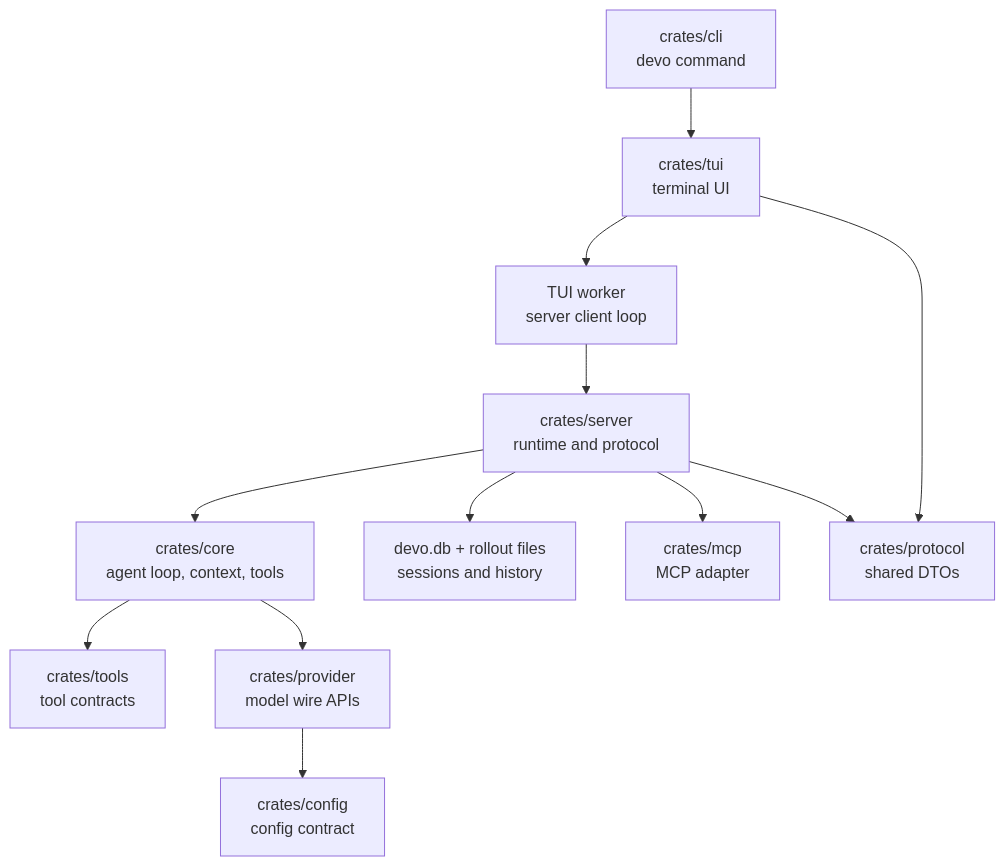
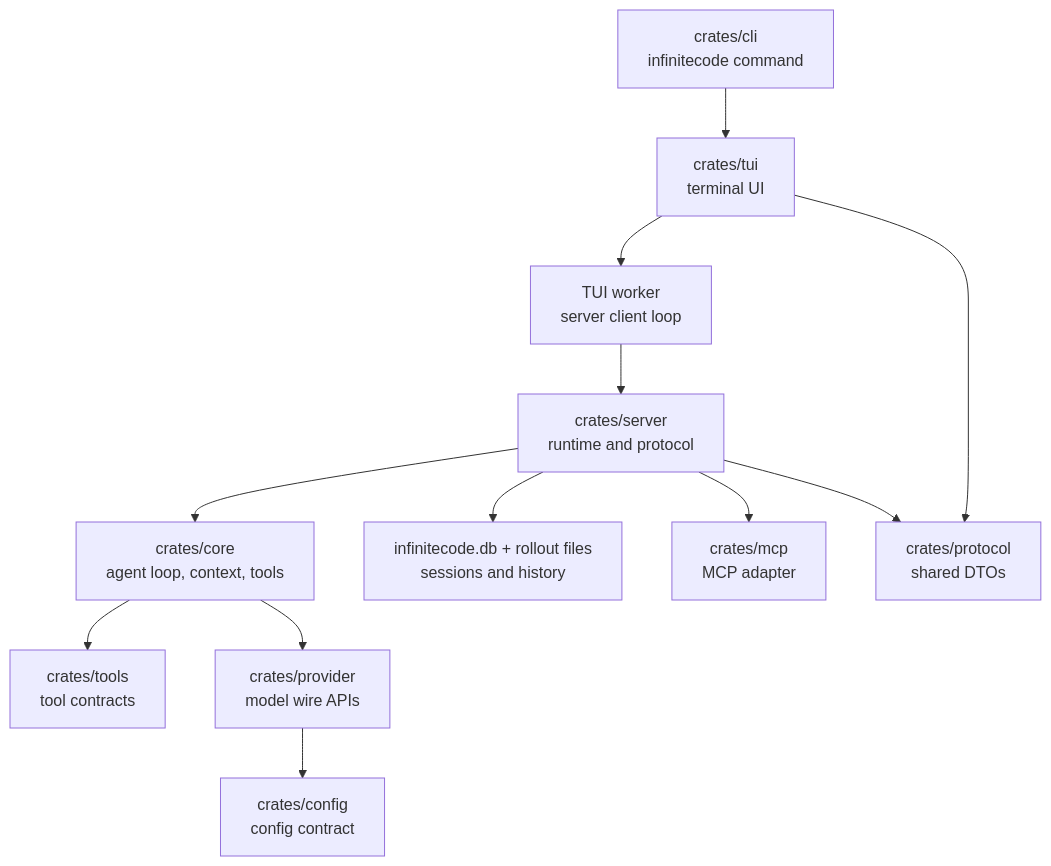
One commit to AFS-Agentics/InfiniteCode changed the diagram in apps/docs/content/docs/contributors/architecture-overview.mdx. Above: the diagram before and after it, drawn with Mermaid. The commit also changed other lines of this file and 958 other files, not shown here.

````diff
--- a/apps/docs/content/docs/contributors/architecture-overview.mdx
+++ b/apps/docs/content/docs/contributors/architecture-overview.mdx
@@ -15,26 +15,26 @@
 ```mermaid
 flowchart TD
-  CLI["crates/cli<br/>devo command"]
+  CLI["crates/cli<br/>infinitecode command"]
   TUI["crates/tui<br/>terminal UI"]
   Worker["TUI worker<br/>server client loop"]
   Server["crates/server<br/>runtime and protocol"]
   Core["crates/core<br/>agent loop, context, tools"]
   Provider["crates/provider<br/>model wire APIs"]
   Config["crates/config<br/>config contract"]
   Protocol["crates/protocol<br/>shared DTOs"]
   Tools["crates/tools<br/>tool contracts"]
   MCP["crates/mcp<br/>MCP adapter"]
-  Store["devo.db + rollout files<br/>sessions and history"]
+  Store["infinitecode.db + rollout files<br/>sessions and history"]
 
   CLI --> TUI
   TUI --> Worker
   Worker --> Server
   Server --> Core
   Server --> Store
   Server --> MCP
   Core --> Tools
   Core --> Provider
   Provider --> Config
   Server --> Protocol
   TUI --> Protocol
 ```
````
